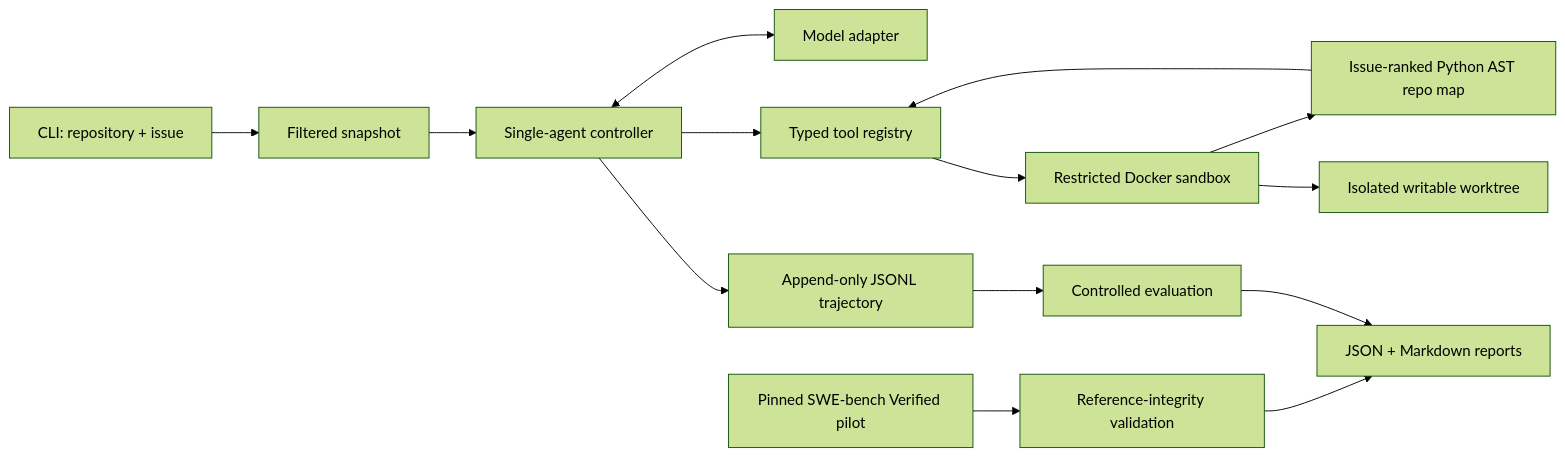
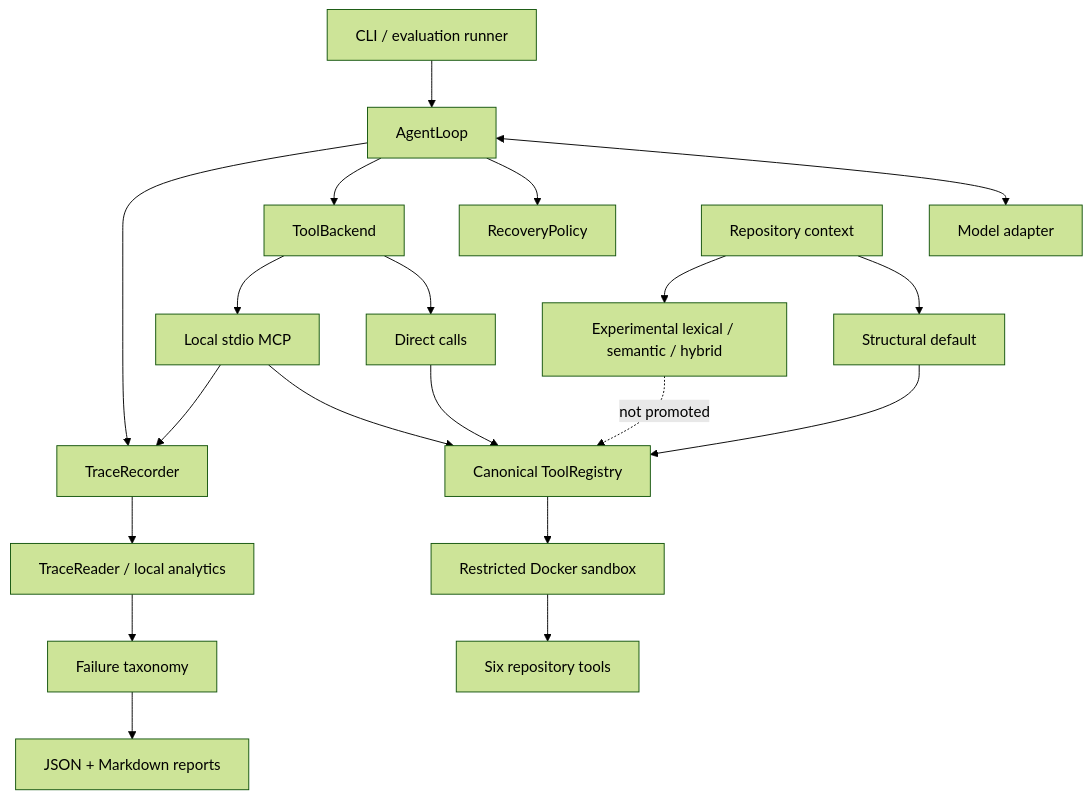
Before and after one commit to zhangxyqqq/RepoPilot: the diagram in README.md, drawn with Mermaid (forest theme). The commit also changed other lines of this file and 5 other files, not shown here.

Commit message:
docs: finalize RepoPilot V2 portfolio release

````diff
--- a/README.md
+++ b/README.md
@@ -19,16 +27,25 @@
 ```mermaid
-flowchart LR
-    CLI["CLI: repository + issue"] --> Stage["Filtered snapshot"]
-    Stage --> Loop["Single-agent controller"]
+flowchart TB
+    CLI["CLI / evaluation runner"] --> Loop["AgentLoop"]
     Loop <--> Model["Model adapter"]
-    Loop --> Tools["Typed tool registry"]
-    Tools --> Docker["Restricted Docker sandbox"]
-    Docker --> Map["Issue-ranked Python AST repo map"]
-    Docker --> Worktree["Isolated writable worktree"]
-    Map --> Tools
-    Loop --> Trace["Append-only JSONL trajectory"]
-    Trace --> Eval["Controlled evaluation"]
-    Real["Pinned SWE-bench Verified pilot"] --> RealCheck["Reference-integrity validation"]
-    RealCheck --> Reports
-    Eval --> Reports["JSON + Markdown reports"]
+    Loop --> Recovery["RecoveryPolicy"]
+    Loop --> Backend["ToolBackend"]
+
+    Backend --> Direct["Direct calls"]
+    Backend --> MCP["Local stdio MCP"]
+    Direct --> Registry["Canonical ToolRegistry"]
+    MCP --> Registry
+    Registry --> Docker["Restricted Docker sandbox"]
+    Docker --> Tools["Six repository tools"]
+
+    Context["Repository context"] --> Structural["Structural default"]
+    Context --> Experimental["Experimental lexical / semantic / hybrid"]
+    Structural --> Registry
+    Experimental -. "not promoted" .-> Registry
+
+    Loop --> Recorder["TraceRecorder"]
+    MCP --> Recorder
+    Recorder --> Reader["TraceReader / local analytics"]
+    Reader --> Taxonomy["Failure taxonomy"]
+    Taxonomy --> Reports["JSON + Markdown reports"]
 ```
````
